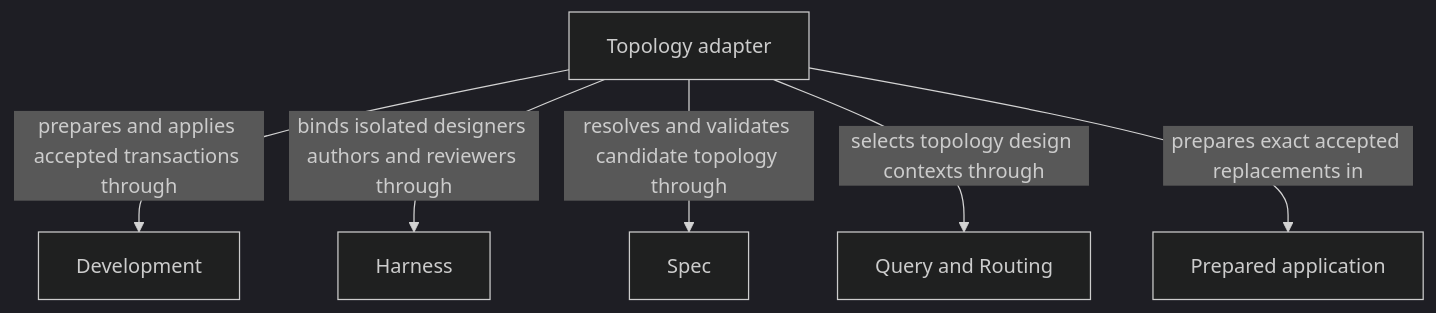
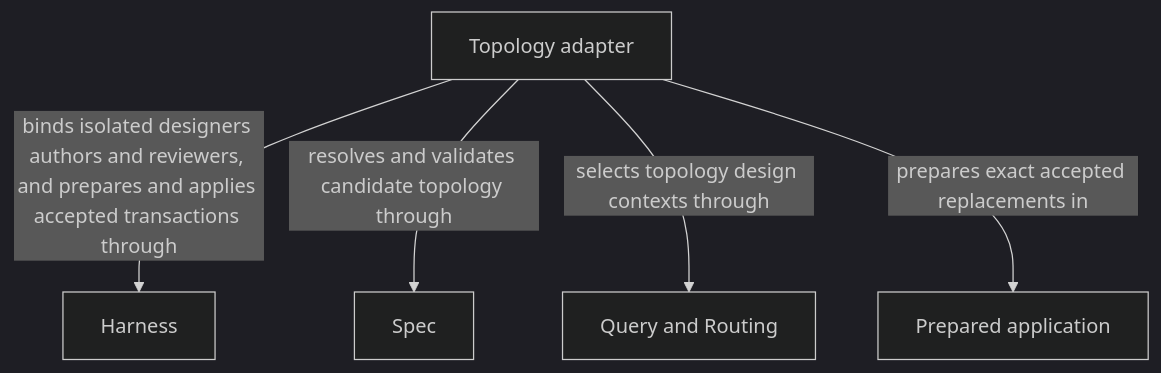
The second of 2 diagrams in specs/concorde/topology/module.md (FTOD/concorde), drawn with Mermaid (dark theme) before and after one commit. The commit also changed other lines of this file and 82 other files, not shown here.

````diff
--- a/specs/concorde/topology/module.md
+++ b/specs/concorde/topology/module.md
@@ -98,16 +98,14 @@
 ```mermaid
 flowchart TB
     accTitle: Topology entities and dependencies
     accDescr: Topology selects complete design contexts, binds separate designers authors and reviewers, validates the registry and document overlay and applies the exact accepted transaction through the host.
     e0["Topology adapter"]
-    e1["Development"]
     e2["Harness"]
     e3["Spec"]
     e4["Query and Routing"]
-    e0 -->|prepares and applies accepted transactions through| e1
-    e0 -->|binds isolated designers authors and reviewers through| e2
+    e0 -->|binds isolated designers authors and reviewers, and prepares and applies accepted transactions through| e2
     e0 -->|resolves and validates candidate topology through| e3
     e0 -->|selects topology design contexts through| e4
     domain_application["Prepared application"]
     e0 -->|prepares exact accepted replacements in| domain_application
 ```
````
